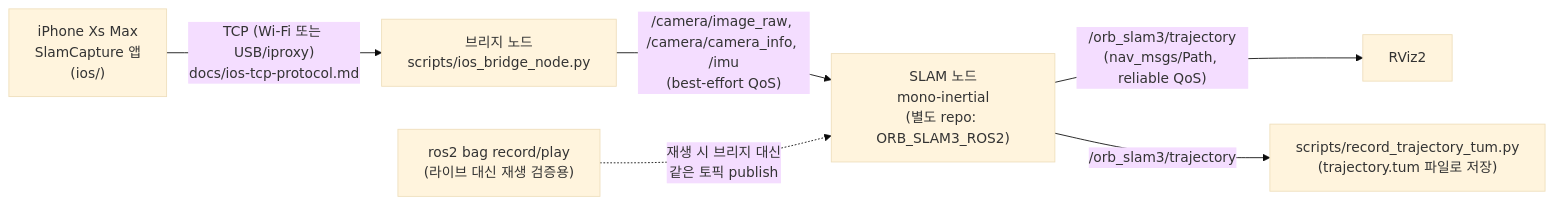
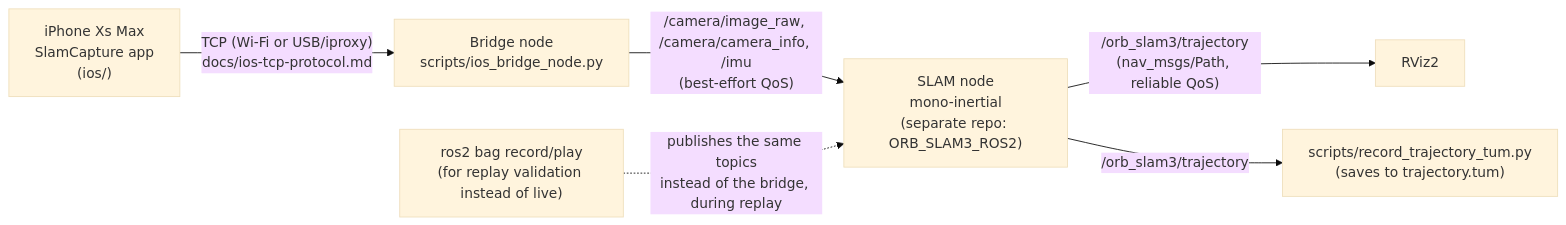
One commit to aisys-max/slam-tx2 changed the diagram in README.md. Above: the diagram before and after it, drawn with Mermaid (base theme). The commit also changed other lines of this file and 29 other files, not shown here.

````diff
--- a/README.md
+++ b/README.md
@@ -9,15 +12,15 @@
 ```mermaid
 flowchart LR
-    iPhone["iPhone Xs Max<br/>SlamCapture 앱<br/>(ios/)"]
-    Bridge["브리지 노드<br/>scripts/ios_bridge_node.py"]
-    SLAM["SLAM 노드<br/>mono-inertial<br/>(별도 repo: ORB_SLAM3_ROS2)"]
+    iPhone["iPhone Xs Max<br/>SlamCapture app<br/>(ios/)"]
+    Bridge["Bridge node<br/>scripts/ios_bridge_node.py"]
+    SLAM["SLAM node<br/>mono-inertial<br/>(separate repo: ORB_SLAM3_ROS2)"]
     RViz["RViz2"]
-    Recorder["scripts/record_trajectory_tum.py<br/>(trajectory.tum 파일로 저장)"]
-    Bag["ros2 bag record/play<br/>(라이브 대신 재생 검증용)"]
+    Recorder["scripts/record_trajectory_tum.py<br/>(saves to trajectory.tum)"]
+    Bag["ros2 bag record/play<br/>(for replay validation instead of live)"]
 
-    iPhone -- "TCP (Wi-Fi 또는 USB/iproxy)<br/>docs/ios-tcp-protocol.md" --> Bridge
+    iPhone -- "TCP (Wi-Fi or USB/iproxy)<br/>docs/ios-tcp-protocol.md" --> Bridge
     Bridge -- "/camera/image_raw, /camera/camera_info, /imu<br/>(best-effort QoS)" --> SLAM
-    Bag -. "재생 시 브리지 대신<br/>같은 토픽 publish" .-> SLAM
+    Bag -. "publishes the same topics<br/>instead of the bridge, during replay" .-> SLAM
     SLAM -- "/orb_slam3/trajectory<br/>(nav_msgs/Path, reliable QoS)" --> RViz
     SLAM -- "/orb_slam3/trajectory" --> Recorder
 ```
````
